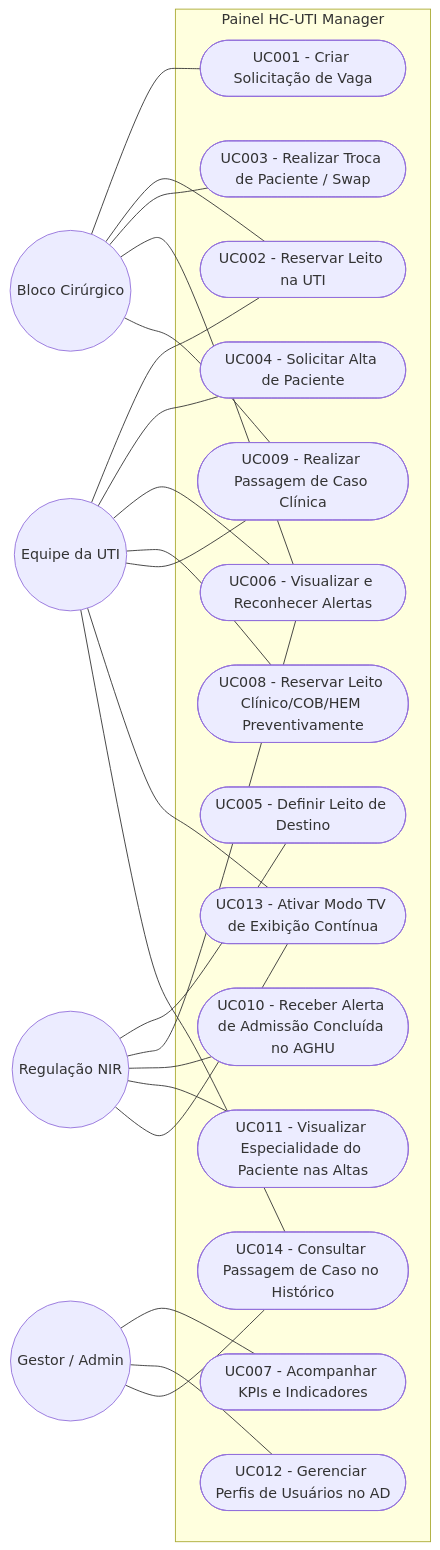
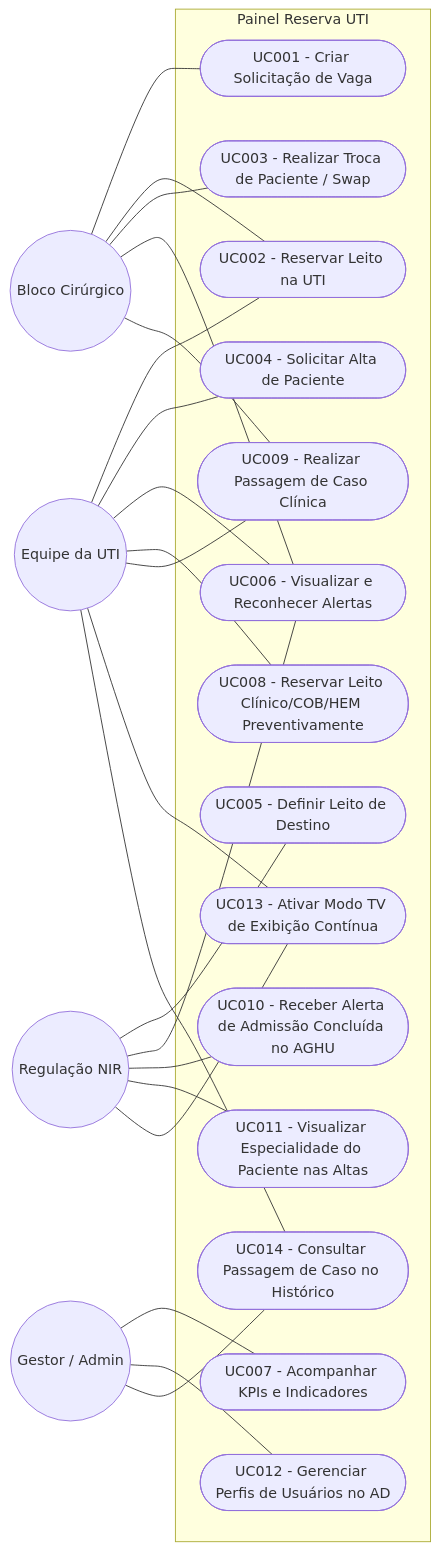
Before and after one commit to HCUFPE/hc-uti-manager: the diagram in docs/projeto_inicial/03-casos-uso.md, drawn with Mermaid. The commit also changed other lines of this file and 24 other files, not shown here.

Commit message:
feat: reposicionar identidade visual para Reserva UTI (v1.8.0)

````diff
--- a/docs/projeto_inicial/03-casos-uso.md
+++ b/docs/projeto_inicial/03-casos-uso.md
@@ -9,50 +9,50 @@
 ```mermaid
 flowchart LR
     %% Atores
     BC((Bloco Cirúrgico))
     UTI((Equipe da UTI))
     NIR((Regulação NIR))
     ADM((Gestor / Admin))
     
-    subgraph "Painel HC-UTI Manager"
+    subgraph "Painel Reserva UTI"
         UC1([UC001 - Criar Solicitação de Vaga])
         UC2([UC002 - Reservar Leito na UTI])
         UC3([UC003 - Realizar Troca de Paciente / Swap])
         UC4([UC004 - Solicitar Alta de Paciente])
         UC5([UC005 - Definir Leito de Destino])
         UC6([UC006 - Visualizar e Reconhecer Alertas])
         UC7([UC007 - Acompanhar KPIs e Indicadores])
         UC8([UC008 - Reservar Leito Clínico/COB/HEM Preventivamente])
         UC9([UC009 - Realizar Passagem de Caso Clínica])
         UC10([UC010 - Receber Alerta de Admissão Concluída no AGHU])
         UC11([UC011 - Visualizar Especialidade do Paciente nas Altas])
         UC12([UC012 - Gerenciar Perfis de Usuários no AD])
         UC13([UC013 - Ativar Modo TV de Exibição Contínua])
         UC14([UC014 - Consultar Passagem de Caso no Histórico])
     end
     
     %% Relacionamentos
     BC --- UC1
     BC --- UC2
     BC --- UC3
     BC --- UC6
     BC --- UC9
     
     UTI --- UC2
     UTI --- UC4
     UTI --- UC6
     UTI --- UC8
     UTI --- UC9
     UTI --- UC13
     UTI --- UC14
     
     NIR --- UC5
     NIR --- UC6
     NIR --- UC10
     NIR --- UC11
     NIR --- UC13
     
     ADM --- UC7
     ADM --- UC12
     ADM --- UC14
 ```
````
